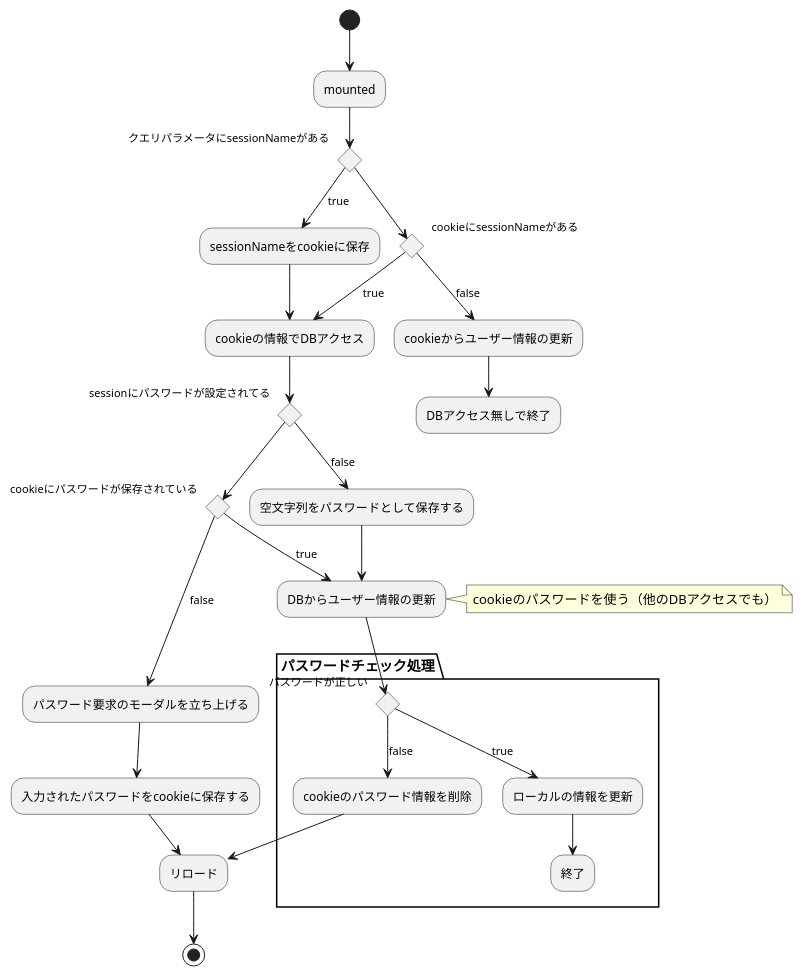
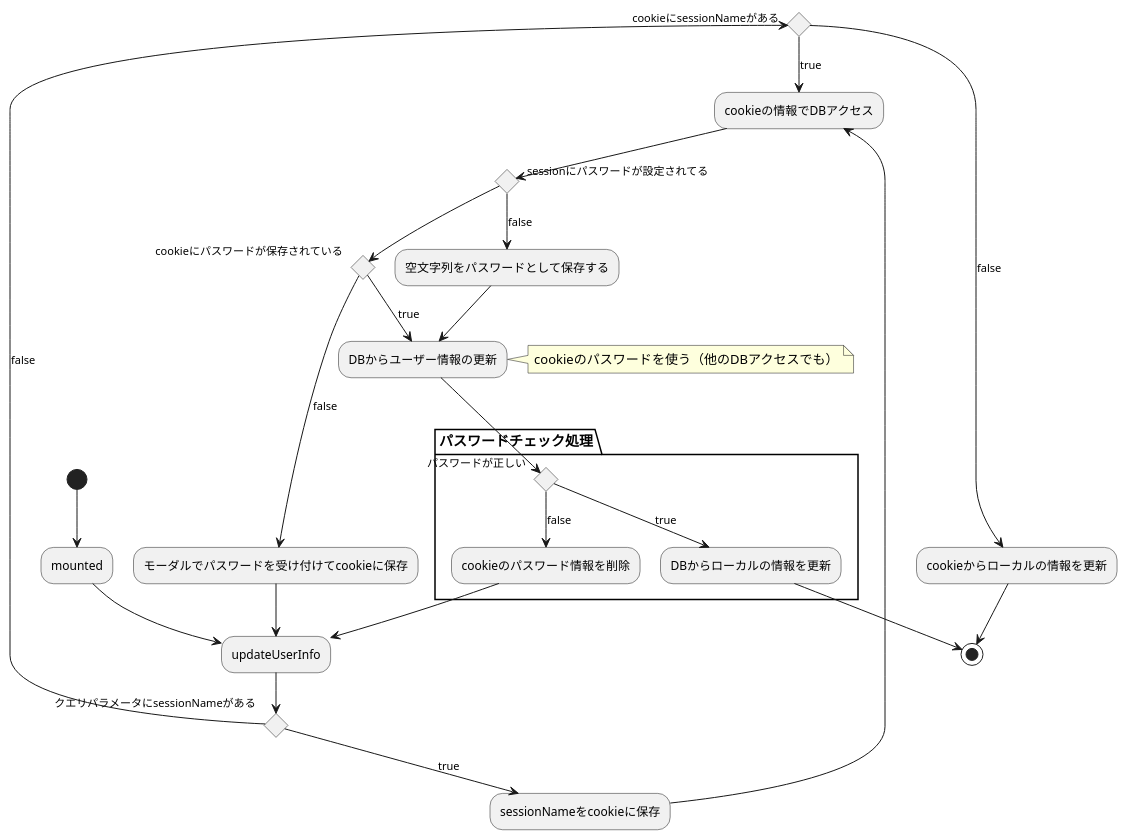
The diagram in doc/flowchart.pu (jonnity/VirtualSharedWallet), drawn with PlantUML before and after one commit. The commit also changed other lines of this file and 3 other files, not shown here.

```diff
--- a/doc/flowchart.pu
+++ b/doc/flowchart.pu
@@ -1,42 +1,40 @@
 @startuml updateUserInfo@mounted
 (*)-->"mounted"
+-->"updateUserInfo"
 if "クエリパラメータにsessionNameがある" then
   -->[true] "sessionNameをcookieに保存"
   -->"cookieの情報でDBアクセス"
 else
-  if "cookieにsessionNameがある" then 
+  -->[false] if "cookieにsessionNameがある" then 
       -->[true] "cookieの情報でDBアクセス"
   else
-      -->[false] "cookieからユーザー情報の更新"
-      -->"DBアクセス無しで終了"
+      -->[false] "cookieからローカルの情報を更新"
+      -->(*)
   endif
 endif
 
-' "cookieの情報でDBアクセス"-->"cookieの情報でDBアクセス"
 "cookieの情報でDBアクセス"-->if "sessionにパスワードが設定されてる" then
   if "cookieにパスワードが保存されている" then
     -->[true] "DBからユーザー情報の更新"
   else
-    -->[false] "パスワード要求のモーダルを立ち上げる"
-    -->"入力されたパスワードをcookieに保存する"
-    -->"リロード"
+    -->[false] "モーダルでパスワードを受け付けてcookieに保存"
+    -->"updateUserInfo"
   endif
 else
     -->[false] "空文字列をパスワードとして保存する"
     -->"DBからユーザー情報の更新" 
     note right: cookieのパスワードを使う（他のDBアクセスでも）
 endif
 
 partition パスワードチェック処理 {
   "DBからユーザー情報の更新"-->if "パスワードが正しい" then 
   
-    -->[true] "ローカルの情報を更新"
-    -->"終了"
+    -->[true] "DBからローカルの情報を更新"
+    -->(*)
   else
     -->[false] "cookieのパスワード情報を削除"
-    -->"リロード"
   endif
 }
--->(*)
+-->"updateUserInfo"
 
 @enduml
```
